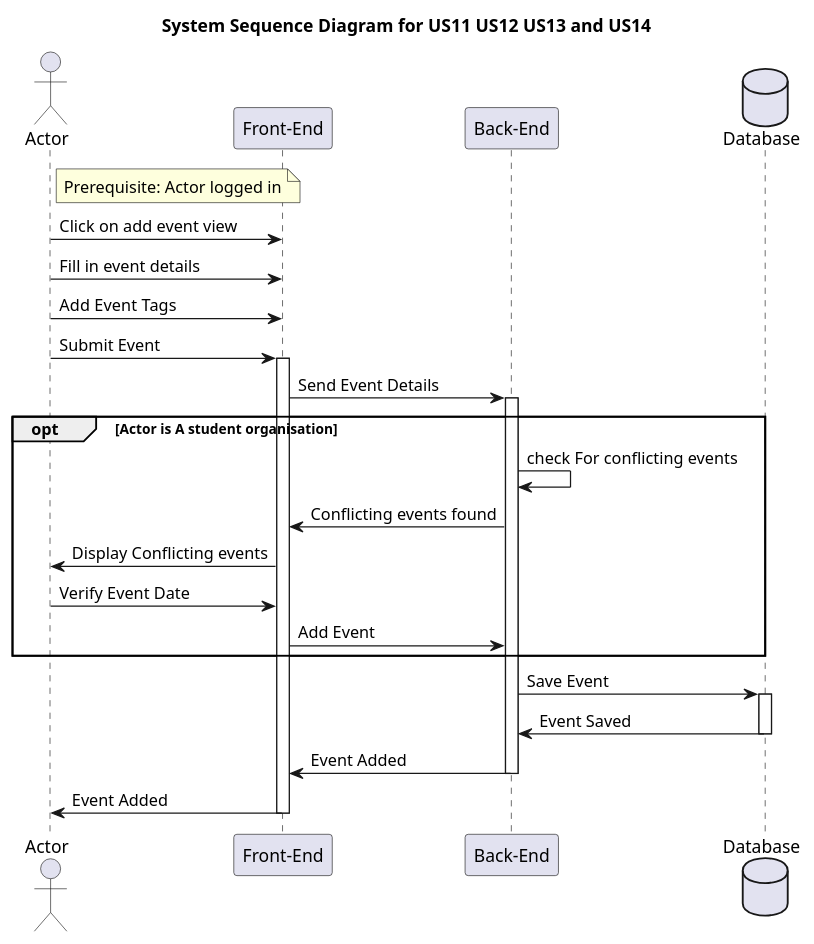
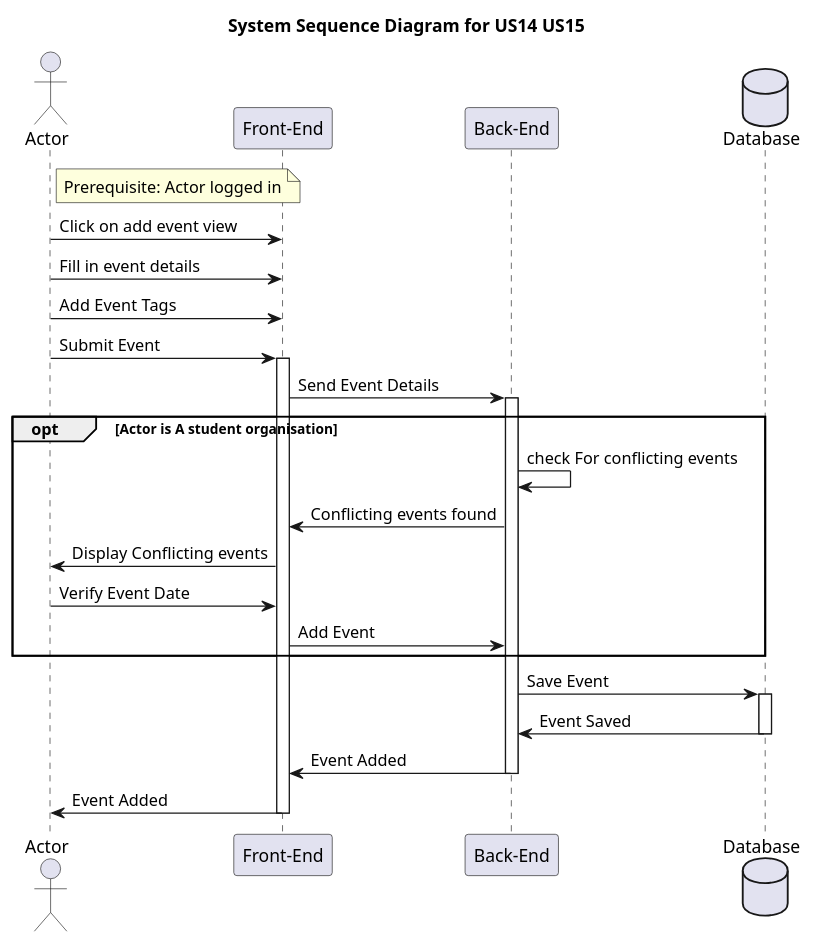
The diagram in SystemSekvensUS11US12US13US14.puml (oscarboe/Studieforeningskalender_Front_end), drawn with PlantUML before and after one commit. The commit also changed 38 other files, not shown here.

```diff
--- a/SystemSekvensUS11US12US13US14.puml
+++ b/SystemSekvensUS11US12US13US14.puml
@@ -1,34 +1,34 @@
 @startuml "US8 US9 US10 System"
-title System Sequence Diagram for US11 US12 US13 and US14
+title System Sequence Diagram for US14 US15
 
 actor Actor as User
 participant "Front-End" as FrontEnd 
 participant "Back-End"  as BackEnd
 database Database
 
 note right of User: Prerequisite: Actor logged in 
 User -> FrontEnd: Click on add event view
 User -> FrontEnd: Fill in event details
 User -> FrontEnd: Add Event Tags
 User -> FrontEnd: Submit Event
 activate FrontEnd
 FrontEnd -> BackEnd: Send Event Details
 activate BackEnd
 opt Actor is A student organisation
 BackEnd -> BackEnd: check For conflicting events
 BackEnd -> FrontEnd: Conflicting events found
 FrontEnd -> User: Display Conflicting events
 User -> FrontEnd: Verify Event Date
 FrontEnd -> BackEnd: Add Event
 end
 BackEnd -> Database: Save Event
 activate Database
 Database -> BackEnd: Event Saved
 deactivate Database
 BackEnd -> FrontEnd: Event Added
 deactivate BackEnd
 FrontEnd -> User: Event Added
 deactivate FrontEnd
 
 
 @enduml
```
